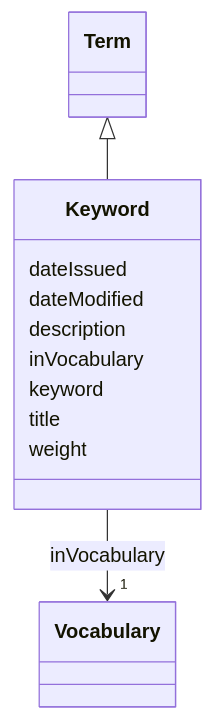
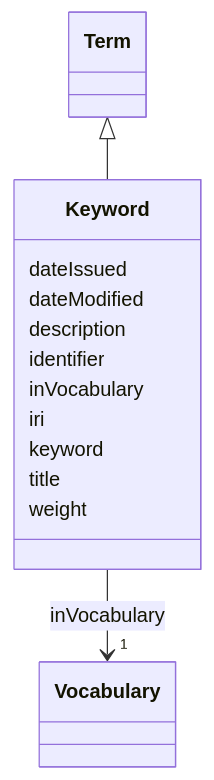
Before and after one commit to EVORA-project/evora-ontology: the diagram in models/docs/Keyword.md, drawn with Mermaid. The commit also changed other lines of this file and 391 other files, not shown here.

````diff
--- a/models/docs/Keyword.md
+++ b/models/docs/Keyword.md
@@ -19,30 +19,34 @@
 ```mermaid
  classDiagram
     class Keyword
     click Keyword href "../Keyword"
       Term <|-- Keyword
         click Term href "../Term"
       
       Keyword : dateIssued
         
       Keyword : dateModified
         
       Keyword : description
         
+      Keyword : identifier
+        
       Keyword : inVocabulary
         
           
     
     
     Keyword --> "1" Vocabulary : inVocabulary
     click Vocabulary href "../Vocabulary"
 
         
+      Keyword : iri
+        
       Keyword : keyword
         
       Keyword : title
         
       Keyword : weight
         
       
 ```
````
